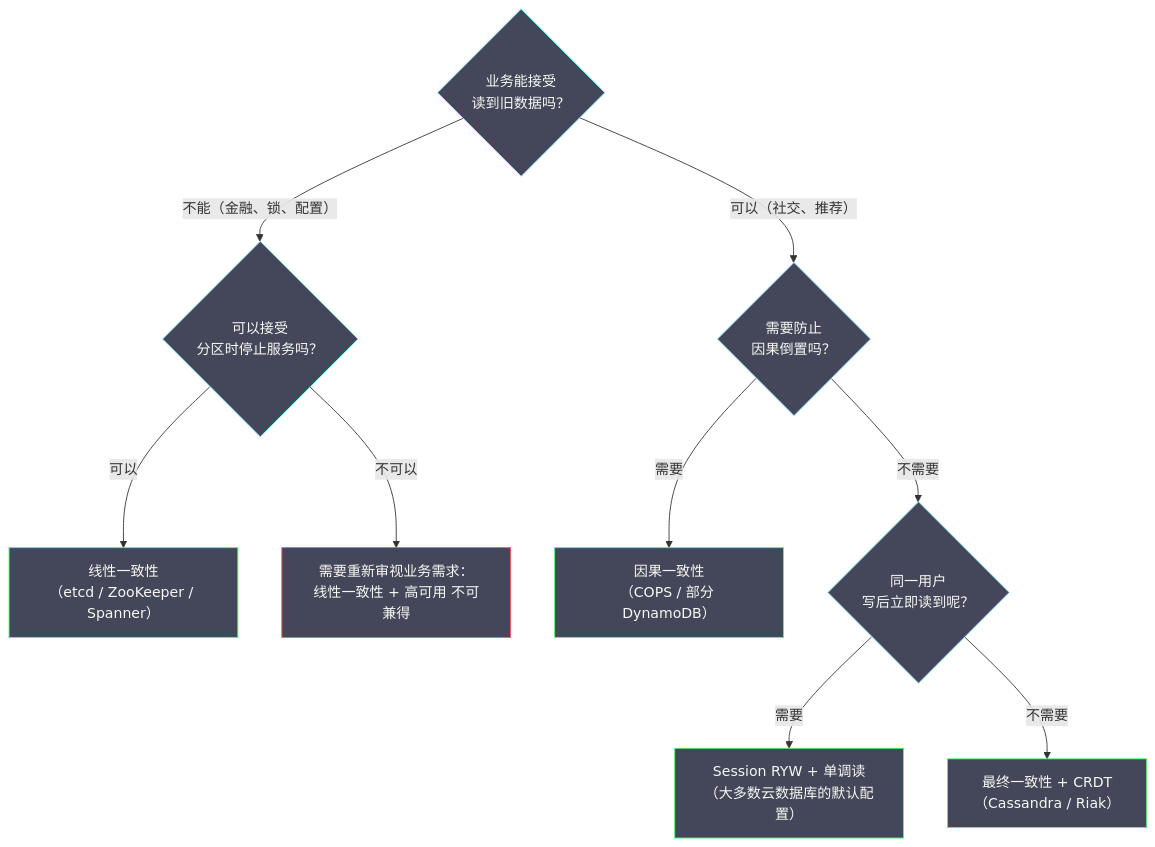
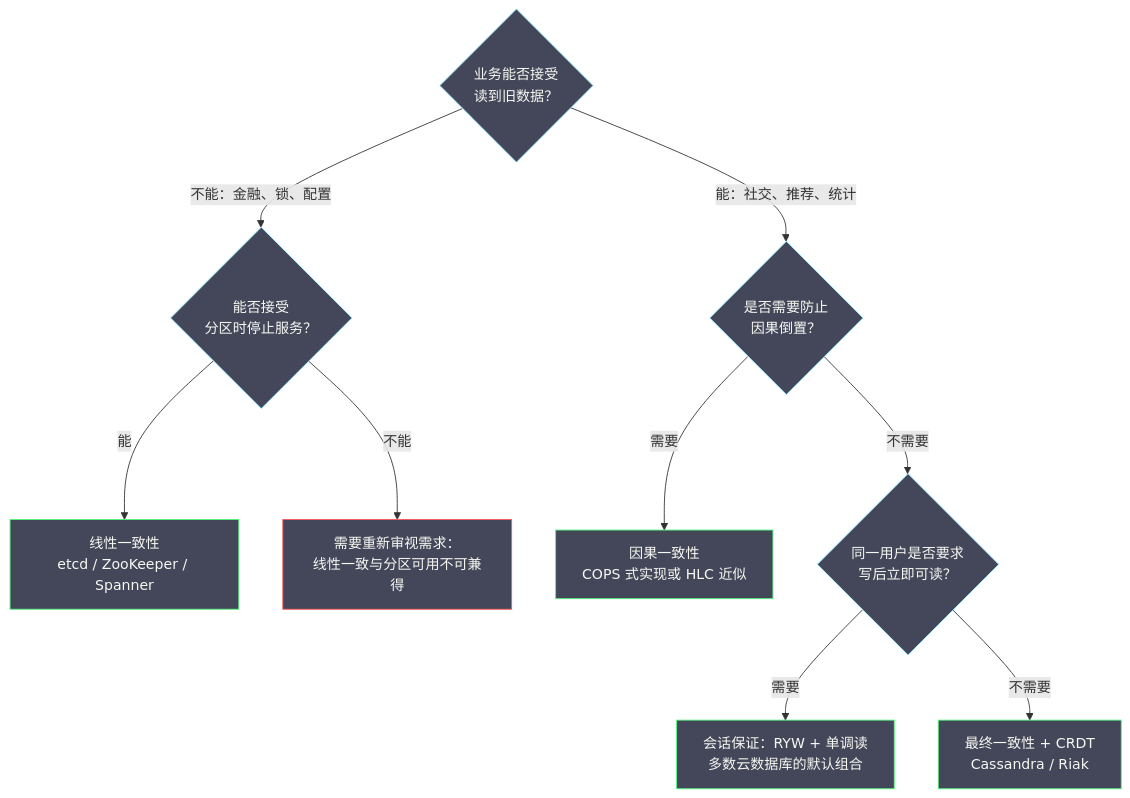
The fourth of 4 diagrams in content/分布式架构/分布式系统原理与协议/09 分布式系统的一致性模型谱系.md (hpliStartAgain/my-brain), drawn with Mermaid before and after one commit. The commit also changed other lines of this file and 259 other files, not shown here.

````diff
--- a/content/分布式架构/分布式系统原理与协议/09 分布式系统的一致性模型谱系.md
+++ b/content/分布式架构/分布式系统原理与协议/09 分布式系统的一致性模型谱系.md
@@ -461,24 +539,23 @@
 ```mermaid
 %%{init: {'theme': 'dracula'}}%%
 graph TD
-    Q1{"业务能接受</br>读到旧数据吗？"}
-    Q1 -->|"不能（金融、锁、配置）"| Q2{"可以接受</br>分区时停止服务吗？"}
-    Q1 -->|"可以（社交、推荐）"| Q3{"需要防止</br>因果倒置吗？"}
+    Q1{"业务能否接受<br/>读到旧数据？"}
+    Q1 -->|"不能：金融、锁、配置"| Q2{"能否接受<br/>分区时停止服务？"}
+    Q1 -->|"能：社交、推荐、统计"| Q3{"是否需要防止<br/>因果倒置？"}
 
-    Q2 -->|"可以"| R1["线性一致性</br>（etcd / ZooKeeper / Spanner）"]
-    Q2 -->|"不可以"| R2["需要重新审视业务需求：</br>线性一致性 + 高可用 不可兼得"]
+    Q2 -->|"能"| R1["线性一致性<br/>etcd / ZooKeeper / Spanner"]
+    Q2 -->|"不能"| R2["需要重新审视需求：<br/>线性一致与分区可用不可兼得"]
 
-    Q3 -->|"需要"| R3["因果一致性</br>（COPS / 部分 DynamoDB）"]
-    Q3 -->|"不需要"| Q4{"同一用户</br>写后立即读到呢？"}
+    Q3 -->|"需要"| R3["因果一致性<br/>COPS 式实现或 HLC 近似"]
+    Q3 -->|"不需要"| Q4{"同一用户是否要求<br/>写后立即可读？"}
 
-    Q4 -->|"需要"| R4["Session RYW + 单调读</br>（大多数云数据库的默认配置）"]
-    Q4 -->|"不需要"| R5["最终一致性 + CRDT</br>（Cassandra / Riak）"]
+    Q4 -->|"需要"| R4["会话保证：RYW + 单调读<br/>多数云数据库的默认组合"]
+    Q4 -->|"不需要"| R5["最终一致性 + CRDT<br/>Cassandra / Riak"]
 
     classDef decision fill:#44475a,stroke:#8be9fd,color:#f8f8f2
     classDef result fill:#44475a,stroke:#50fa7b,color:#f8f8f2
     classDef warning fill:#44475a,stroke:#ff5555,color:#f8f8f2
-
     class Q1,Q2,Q3,Q4 decision
     class R1,R3,R4,R5 result
     class R2 warning
 ```
````
